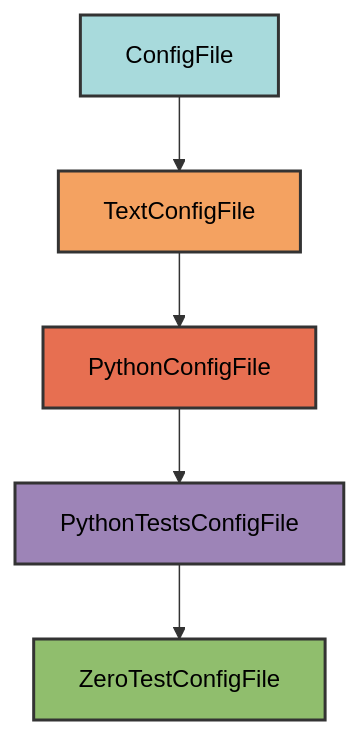
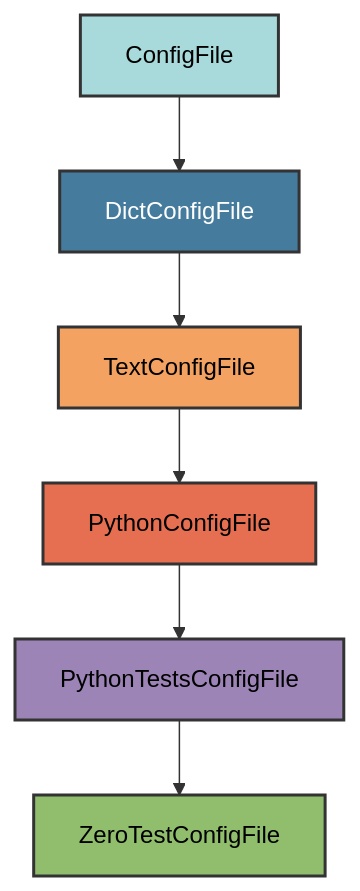
Before and after one commit to Winipedia/pyrig: the diagram in docs/configs/test_zero.md, drawn with Mermaid. The commit also changed other lines of this file and 21 other files, not shown here.

````diff
--- a/docs/configs/test_zero.md
+++ b/docs/configs/test_zero.md
@@ -16,13 +16,15 @@
 ```mermaid
 graph TD
-    A[ConfigFile] --> B[TextConfigFile]
-    B --> C[PythonConfigFile]
-    C --> D[PythonTestsConfigFile]
-    D --> E[ZeroTestConfigFile]
+    A[ConfigFile] --> B[DictConfigFile]
+    B --> C[TextConfigFile]
+    C --> D[PythonConfigFile]
+    D --> E[PythonTestsConfigFile]
+    E --> F[ZeroTestConfigFile]
 
     style A fill:#a8dadc,stroke:#333,stroke-width:2px,color:#000
-    style B fill:#f4a261,stroke:#333,stroke-width:2px,color:#000
-    style C fill:#e76f51,stroke:#333,stroke-width:2px,color:#000
-    style D fill:#9d84b7,stroke:#333,stroke-width:2px,color:#000
-    style E fill:#90be6d,stroke:#333,stroke-width:2px,color:#000
+    style B fill:#457b9d,stroke:#333,stroke-width:2px,color:#fff
+    style C fill:#f4a261,stroke:#333,stroke-width:2px,color:#000
+    style D fill:#e76f51,stroke:#333,stroke-width:2px,color:#000
+    style E fill:#9d84b7,stroke:#333,stroke-width:2px,color:#000
+    style F fill:#90be6d,stroke:#333,stroke-width:2px,color:#000
 ```
````
